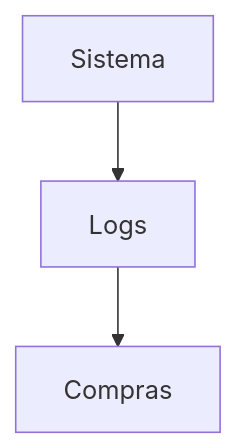
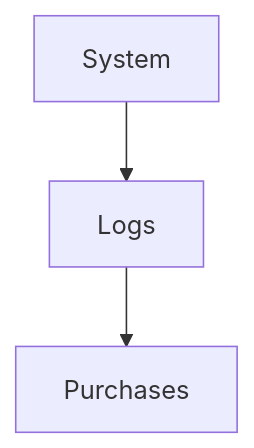
One commit to ronye011/Projeto-DevEvolution changed the fourth of 5 diagrams in README.md. Above: the diagram before and after it, drawn with Mermaid. The commit also changed other lines of this file, not shown here.

````diff
--- a/README.md
+++ b/README.md
@@ -173,5 +193,6 @@
 ```mermaid
 graph TD;
-    Sistema--> Logs;
-    Logs --> Compras;
+System --> Logs;
+Logs --> Purchases;
+
 ```
````
